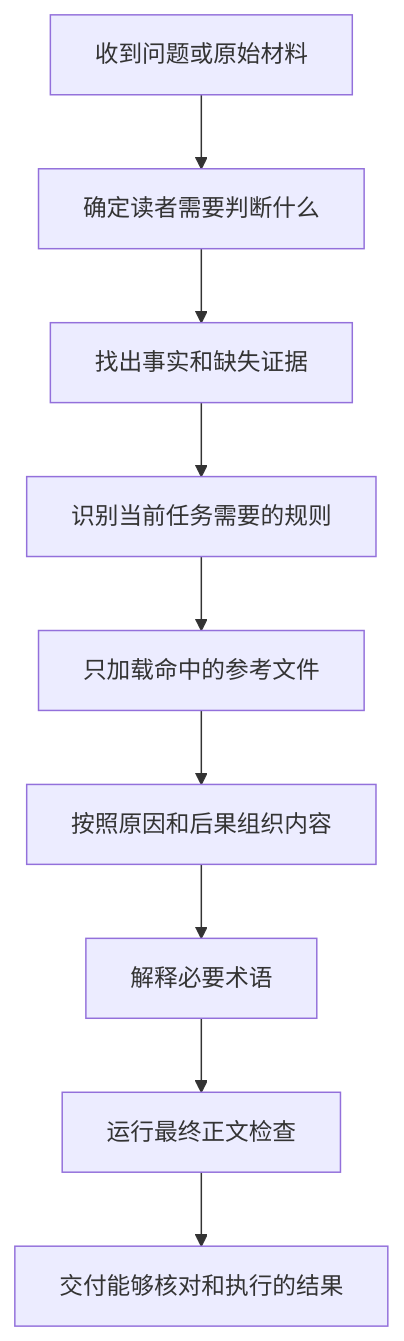
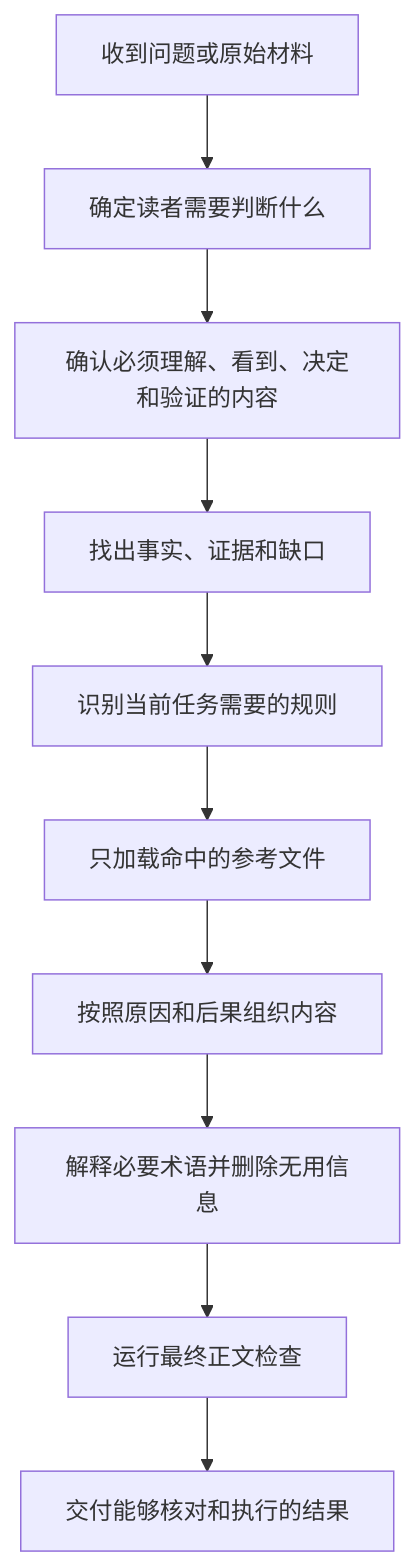
One commit to AIALRA-0/agent-human-readable-technical-writing changed the diagram in README.md. Above: the diagram before and after it, drawn with Mermaid. The commit also changed other lines of this file and 4 other files, not shown here.

````diff
--- a/README.md
+++ b/README.md
@@ -339,12 +346,13 @@
 ```mermaid
 %% 从原始材料开始展示完整处理顺序
 flowchart TD
     A["收到问题或原始材料"] --> B["确定读者需要判断什么"]
-    B --> C["找出事实和缺失证据"]
-    C --> D["识别当前任务需要的规则"]
-    D --> E["只加载命中的参考文件"]
-    E --> F["按照原因和后果组织内容"]
-    F --> G["解释必要术语"]
-    G --> H["运行最终正文检查"]
-    H --> I["交付能够核对和执行的结果"]
+    B --> C["确认必须理解、看到、决定和验证的内容"]
+    C --> D["找出事实、证据和缺口"]
+    D --> E["识别当前任务需要的规则"]
+    E --> F["只加载命中的参考文件"]
+    F --> G["按照原因和后果组织内容"]
+    G --> H["解释必要术语并删除无用信息"]
+    H --> I["运行最终正文检查"]
+    I --> J["交付能够核对和执行的结果"]
 ```
````
